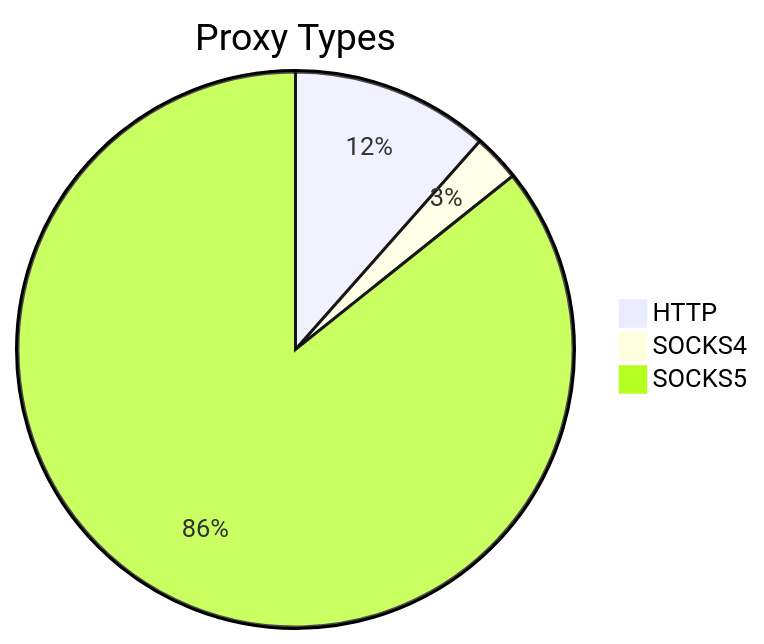
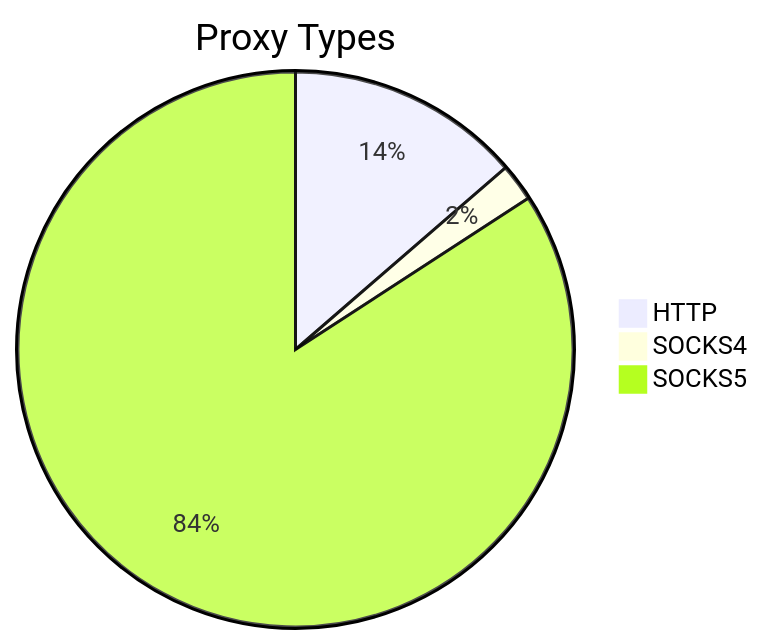
Before and after one commit to stormsia/proxy-list: the first of 2 diagrams in README.md, drawn with Mermaid. The commit also changed other lines of this file, not shown here.

````diff
--- a/README.md
+++ b/README.md
@@ -21,6 +21,6 @@
 ```mermaid
 pie title Proxy Types
-    "HTTP" : 105
-    "SOCKS4" : 25
-    "SOCKS5" : 781
+    "HTTP" : 125
+    "SOCKS4" : 20
+    "SOCKS5" : 771
 ```
````
